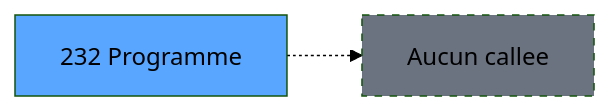
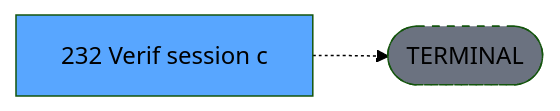
One commit to thonyAGP/lecteur-magic changed the third of 3 diagrams in .openspec/specs/ADH-IDE-232.md. Above: the diagram before and after it, drawn with Mermaid (forest theme). The commit also changed other lines of this file and 701 other files, not shown here.

````diff
--- a/.openspec/specs/ADH-IDE-232.md
+++ b/.openspec/specs/ADH-IDE-232.md
@@ -125,8 +134,8 @@
 ```mermaid
 graph LR
-    T[232 Programme]
-    NONE[Aucun callee]
-    T -.-> NONE
+    T[232 Verif session c]
+    TERM([TERMINAL])
+    T -.-> TERM
+    style TERM fill:#6b7280,stroke-dasharray: 5 5
     style T fill:#58a6ff,color:#000
-    style NONE fill:#6b7280,stroke-dasharray: 5 5
 ```
````
